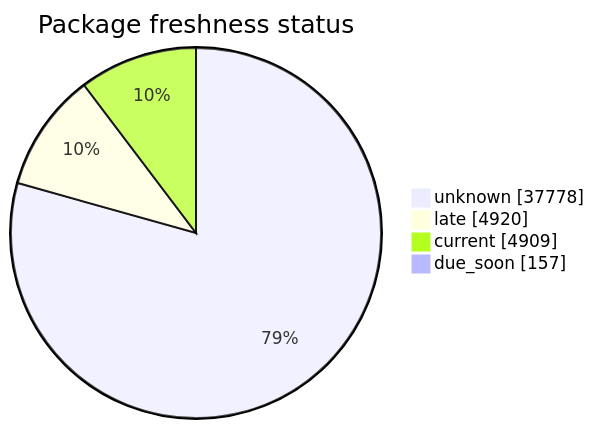
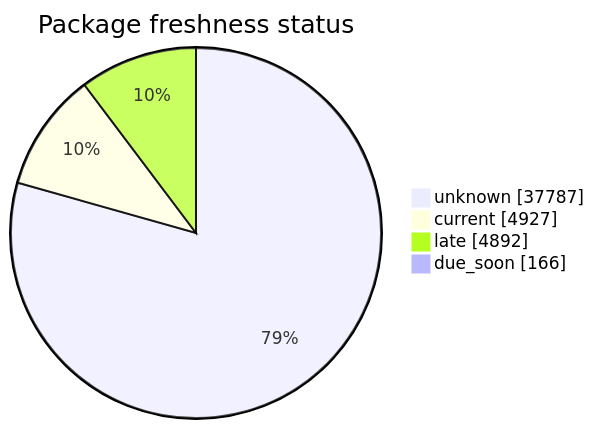
One commit to open-data/analytics-corporate-reporting changed the second of 5 diagrams in FreshCheck/README.md. Above: the diagram before and after it, drawn with Mermaid. The commit also changed other lines of this file and 3 other files, not shown here.

````diff
--- a/FreshCheck/README.md
+++ b/FreshCheck/README.md
@@ -68,7 +68,7 @@
 ```mermaid
 pie showData title Package freshness status
-    "unknown": 37778
-    "late": 4920
-    "current": 4909
-    "due_soon": 157
+    "unknown": 37787
+    "current": 4927
+    "late": 4892
+    "due_soon": 166
 ```
````
